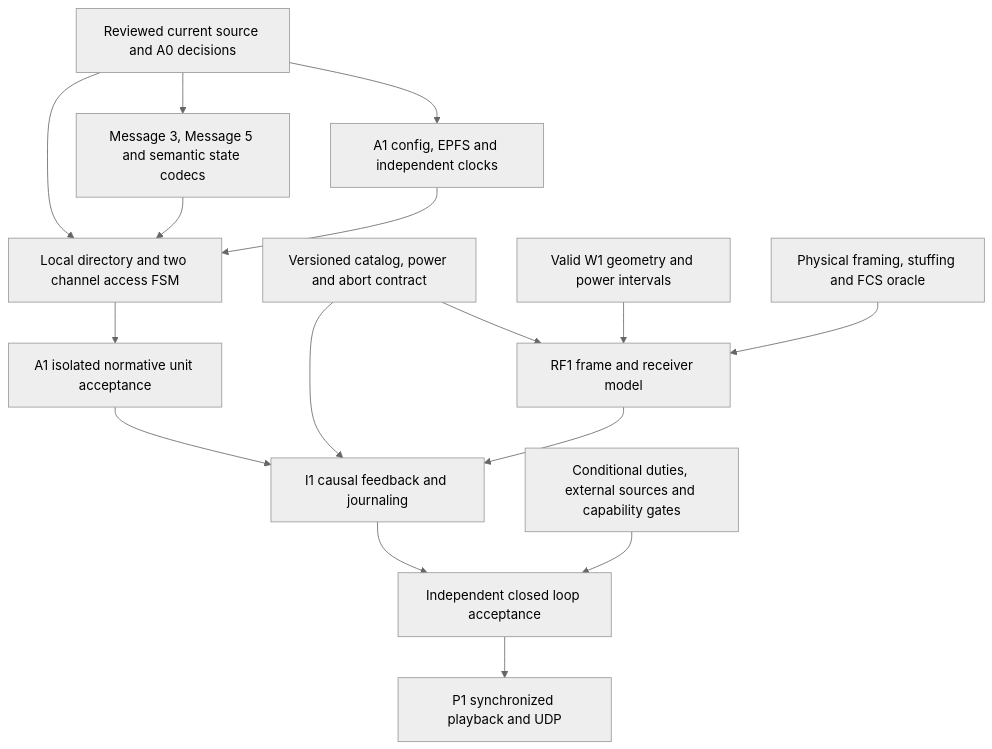
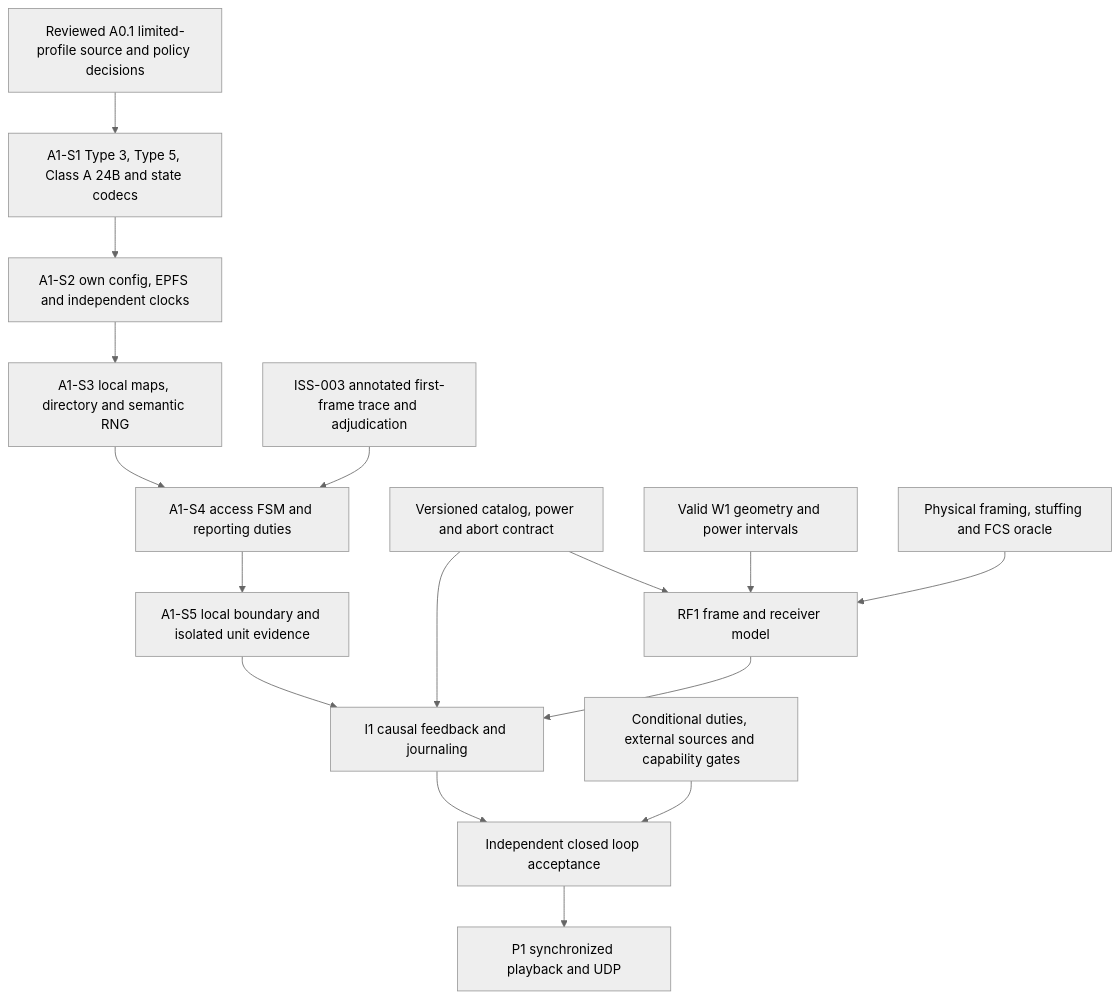
The diagram in lab/docs/A0_CLASS_A/A0_A1_INTERFACE_AND_GAP_REGISTER.md (iliyan85/aismixer), drawn with Mermaid (neutral theme) before and after one commit. The commit also changed other lines of this file and 4 other files, not shown here.

````diff
--- a/lab/docs/A0_CLASS_A/A0_A1_INTERFACE_AND_GAP_REGISTER.md
+++ b/lab/docs/A0_CLASS_A/A0_A1_INTERFACE_AND_GAP_REGISTER.md
@@ -153,18 +196,18 @@
 ```mermaid
 flowchart TD
-    S[Reviewed current source and A0 decisions] --> C[A1 config, EPFS and independent clocks]
-    S --> M[Message 3, Message 5 and semantic state codecs]
-    S --> L[Local directory and two channel access FSM]
-    C --> L
-    M --> L
-    L --> U[A1 isolated normative unit acceptance]
+    S[Reviewed A0.1 limited-profile source and policy decisions] --> M[A1-S1 Type 3, Type 5, Class A 24B and state codecs]
+    M --> C[A1-S2 own config, EPFS and independent clocks]
+    C --> L[A1-S3 local maps, directory and semantic RNG]
+    L --> A[A1-S4 access FSM and reporting duties]
+    Q[ISS-003 annotated first-frame trace and adjudication] --> A
+    A --> U[A1-S5 local boundary and isolated unit evidence]
     P[Versioned catalog, power and abort contract] --> F[RF1 frame and receiver model]
     W[Valid W1 geometry and power intervals] --> F
     B[Physical framing, stuffing and FCS oracle] --> F
     U --> I[I1 causal feedback and journaling]
     F --> I
     P --> I
     I --> R[Independent closed loop acceptance]
     R --> O[P1 synchronized playback and UDP]
     X[Conditional duties, external sources and capability gates] --> R
 ```
````
